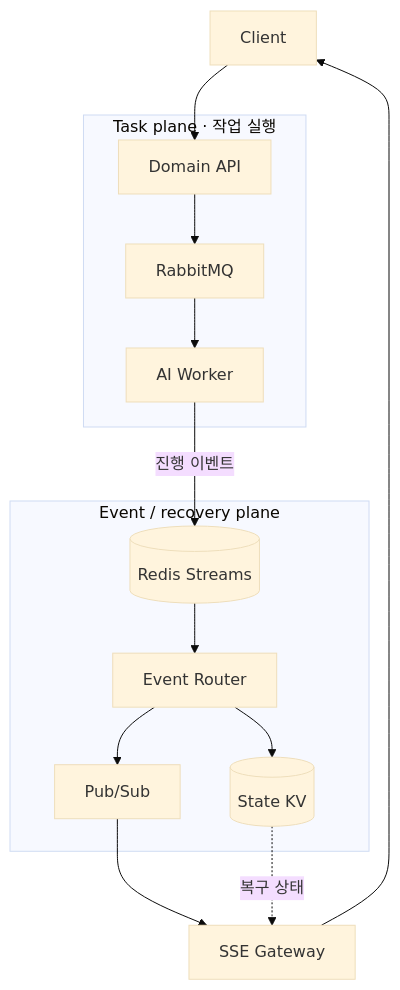
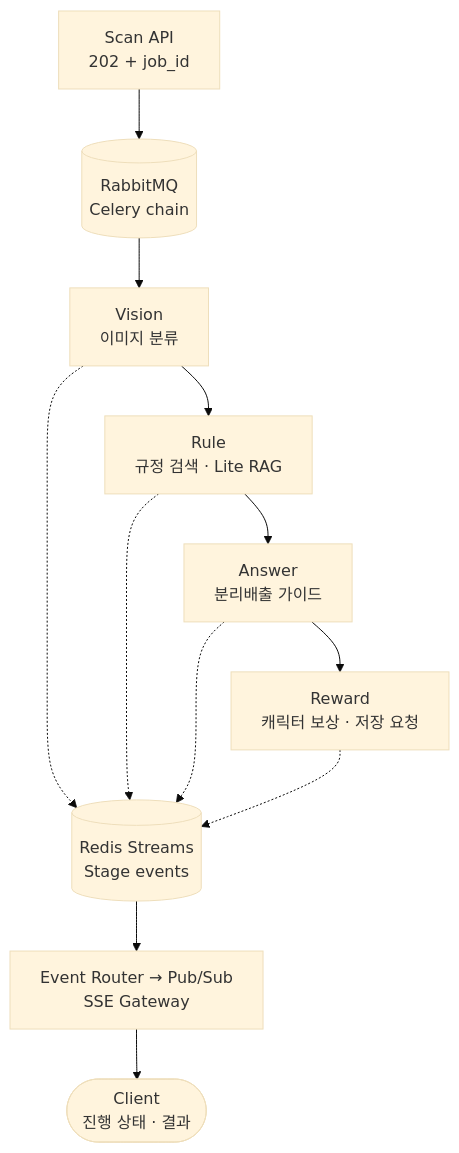
The eighth of 11 diagrams in README.md (mangowhoiscloud/mangowhoiscloud), drawn with Mermaid (base theme) before and after one commit. The commit also changed other lines of this file and 2 other files, not shown here.

Commit message:
docs: expand architecture views and CI ratchets (#10)

````diff
--- a/README.md
+++ b/README.md
@@ -134,15 +267,16 @@
 ```mermaid
 flowchart TB
-    Client["Client"] --> API["Domain API"]
-    subgraph Tasks["Task plane · 작업 실행"]
-        API --> MQ["RabbitMQ"] --> Worker["AI Worker"]
-    end
-    subgraph Events["Event / recovery plane"]
-        Streams[("Redis Streams")] --> Router["Event Router"]
-        Router --> State[("State KV")]
-        Router --> PubSub["Pub/Sub"]
-    end
-    Worker -->|진행 이벤트| Streams
-    PubSub --> Gateway["SSE Gateway"] --> Client
-    State -.->|복구 상태| Gateway
+    accTitle: Eco² Scan의 작업 체인과 이벤트 경로
+    accDescr: Scan API가 Celery chain을 등록하면 Vision, Rule, Answer, Reward가 차례로 실행된다. 각 단계의 진행 이벤트는 Redis Streams에 기록하고 Event Router와 SSE Gateway를 통해 클라이언트에 전달한다.
+    API["Scan API<br/>202 + job_id"] --> Queue[("RabbitMQ<br/>Celery chain")]
+    Queue --> Vision["Vision<br/>이미지 분류"]
+    Vision --> Rule["Rule<br/>규정 검색 · Lite RAG"]
+    Rule --> Answer["Answer<br/>분리배출 가이드"]
+    Answer --> Reward["Reward<br/>캐릭터 보상 · 저장 요청"]
+    Vision -.-> Events[("Redis Streams<br/>Stage events")]
+    Rule -.-> Events
+    Answer -.-> Events
+    Reward -.-> Events
+    Events --> Delivery["Event Router → Pub/Sub<br/>SSE Gateway"]
+    Delivery --> Client(["Client<br/>진행 상태 · 결과"])
 ```
````
